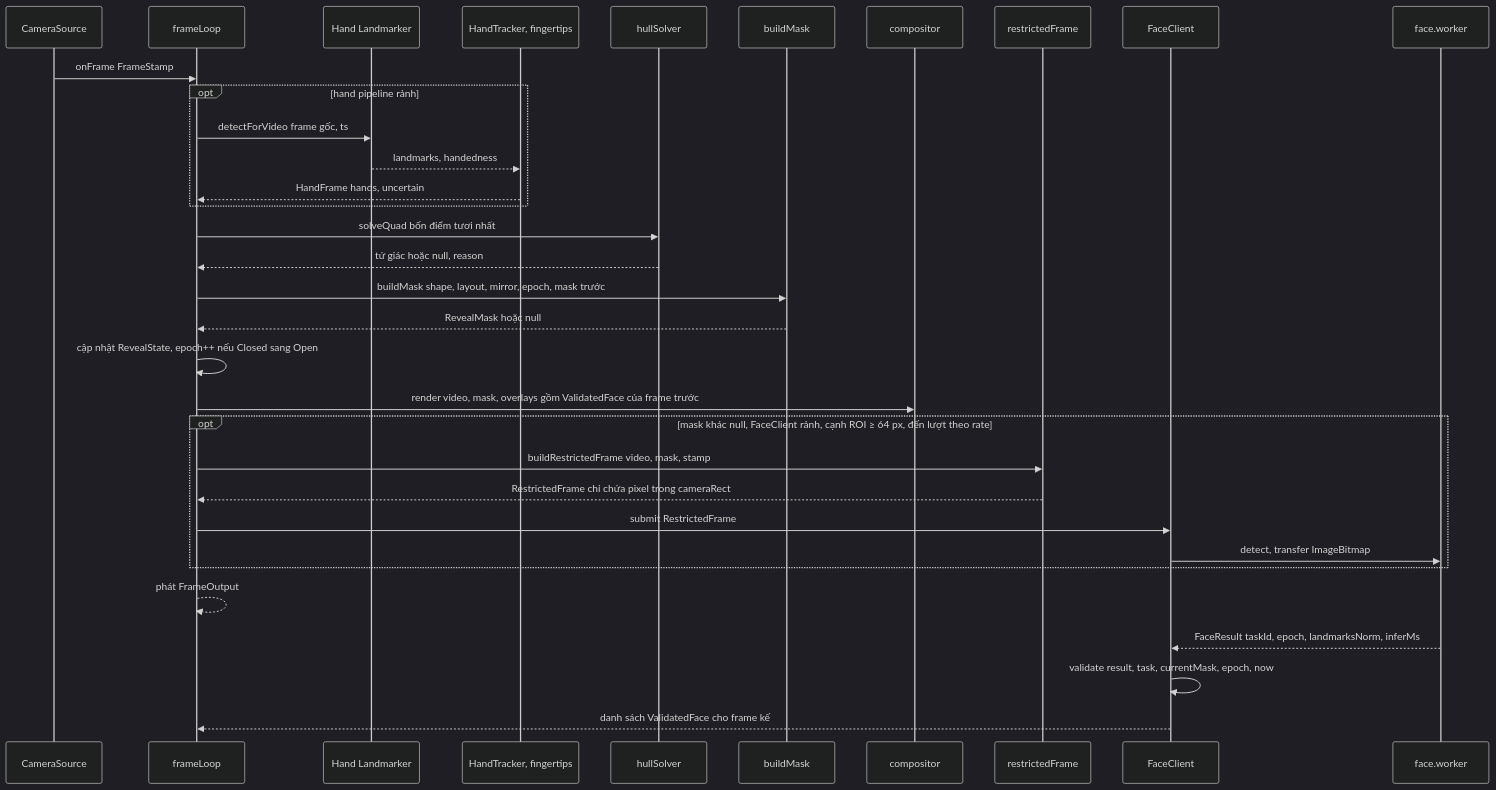
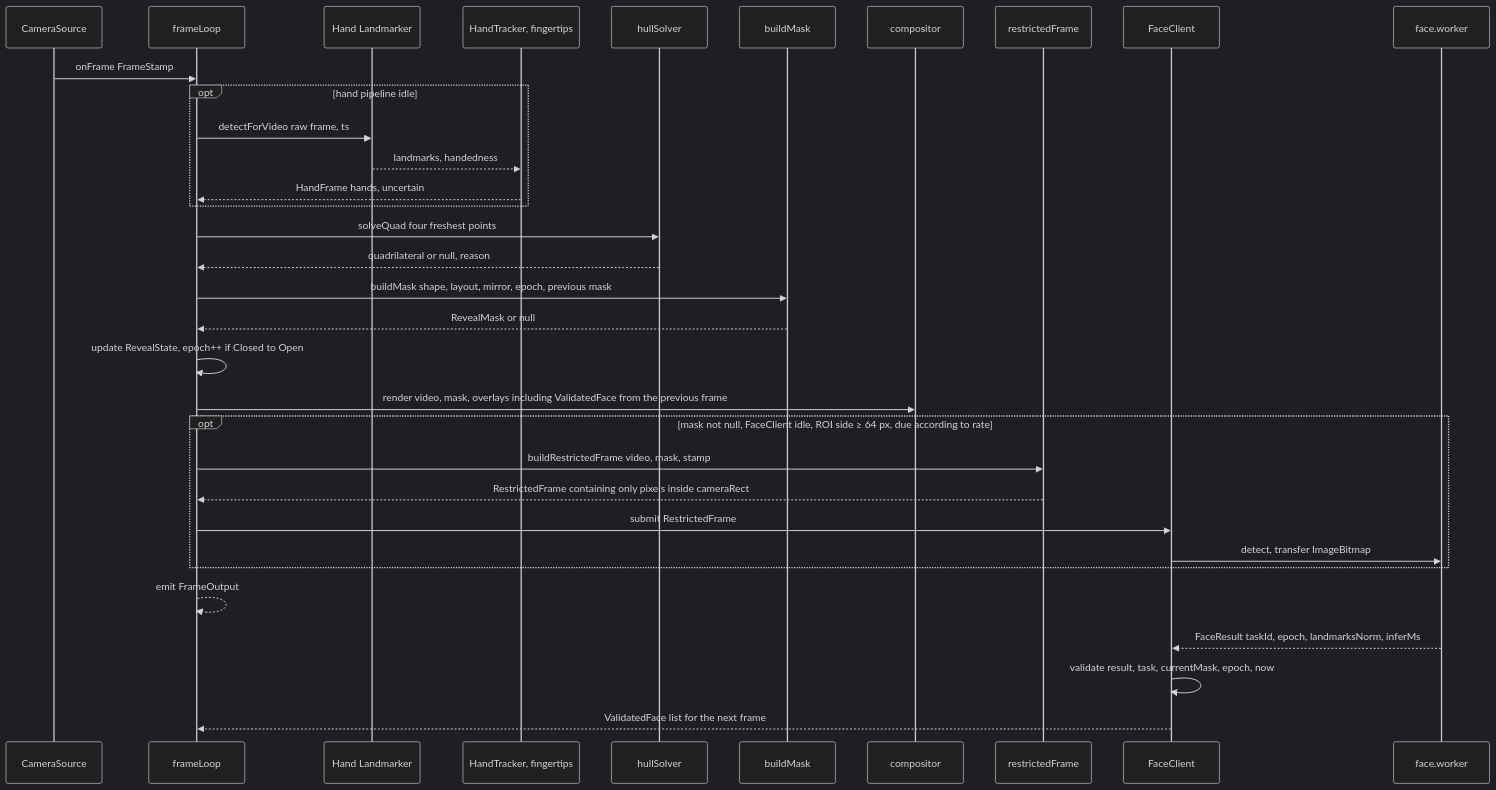
Before and after one commit to Lorah101204/Finger_And_Face_Tracking: the eighth of 18 diagrams in docs/WORK-BREAKDOWN.md, drawn with Mermaid (dark theme). The commit also changed other lines of this file and 35 other files, not shown here.

````diff
--- a/docs/WORK-BREAKDOWN.md
+++ b/docs/WORK-BREAKDOWN.md
@@ -539,35 +539,35 @@
 ```mermaid
 sequenceDiagram
   participant CAM as CameraSource
   participant FRAMELOOP as frameLoop
   participant HL as Hand Landmarker
   participant HT as HandTracker, fingertips
   participant SQ as hullSolver
   participant MK as buildMask
   participant CP as compositor
   participant RF as restrictedFrame
   participant FC as FaceClient
   participant FW as face.worker
   CAM->>FRAMELOOP: onFrame FrameStamp
-  opt hand pipeline rảnh
-    FRAMELOOP->>HL: detectForVideo frame gốc, ts
+  opt hand pipeline idle
+    FRAMELOOP->>HL: detectForVideo raw frame, ts
     HL-->>HT: landmarks, handedness
     HT-->>FRAMELOOP: HandFrame hands, uncertain
   end
-  FRAMELOOP->>SQ: solveQuad bốn điểm tươi nhất
-  SQ-->>FRAMELOOP: tứ giác hoặc null, reason
-  FRAMELOOP->>MK: buildMask shape, layout, mirror, epoch, mask trước
-  MK-->>FRAMELOOP: RevealMask hoặc null
-  FRAMELOOP->>FRAMELOOP: cập nhật RevealState, epoch++ nếu Closed sang Open
-  FRAMELOOP->>CP: render video, mask, overlays gồm ValidatedFace của frame trước
-  opt mask khác null, FaceClient rảnh, cạnh ROI ≥ 64 px, đến lượt theo rate
+  FRAMELOOP->>SQ: solveQuad four freshest points
+  SQ-->>FRAMELOOP: quadrilateral or null, reason
+  FRAMELOOP->>MK: buildMask shape, layout, mirror, epoch, previous mask
+  MK-->>FRAMELOOP: RevealMask or null
+  FRAMELOOP->>FRAMELOOP: update RevealState, epoch++ if Closed to Open
+  FRAMELOOP->>CP: render video, mask, overlays including ValidatedFace from the previous frame
+  opt mask not null, FaceClient idle, ROI side ≥ 64 px, due according to rate
     FRAMELOOP->>RF: buildRestrictedFrame video, mask, stamp
-    RF-->>FRAMELOOP: RestrictedFrame chỉ chứa pixel trong cameraRect
+    RF-->>FRAMELOOP: RestrictedFrame containing only pixels inside cameraRect
     FRAMELOOP->>FC: submit RestrictedFrame
     FC->>FW: detect, transfer ImageBitmap
   end
-  FRAMELOOP-->>FRAMELOOP: phát FrameOutput
+  FRAMELOOP-->>FRAMELOOP: emit FrameOutput
   FW-->>FC: FaceResult taskId, epoch, landmarksNorm, inferMs
   FC->>FC: validate result, task, currentMask, epoch, now
-  FC-->>FRAMELOOP: danh sách ValidatedFace cho frame kế
+  FC-->>FRAMELOOP: ValidatedFace list for the next frame
 ```
````
